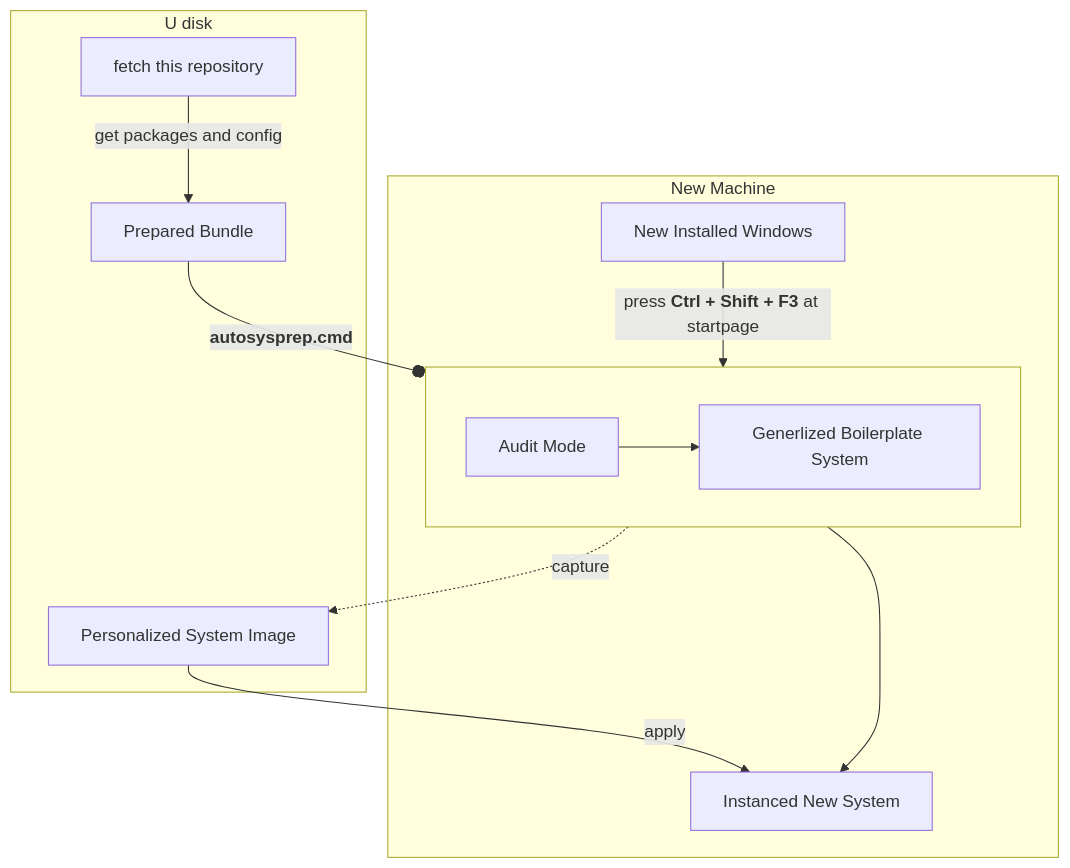
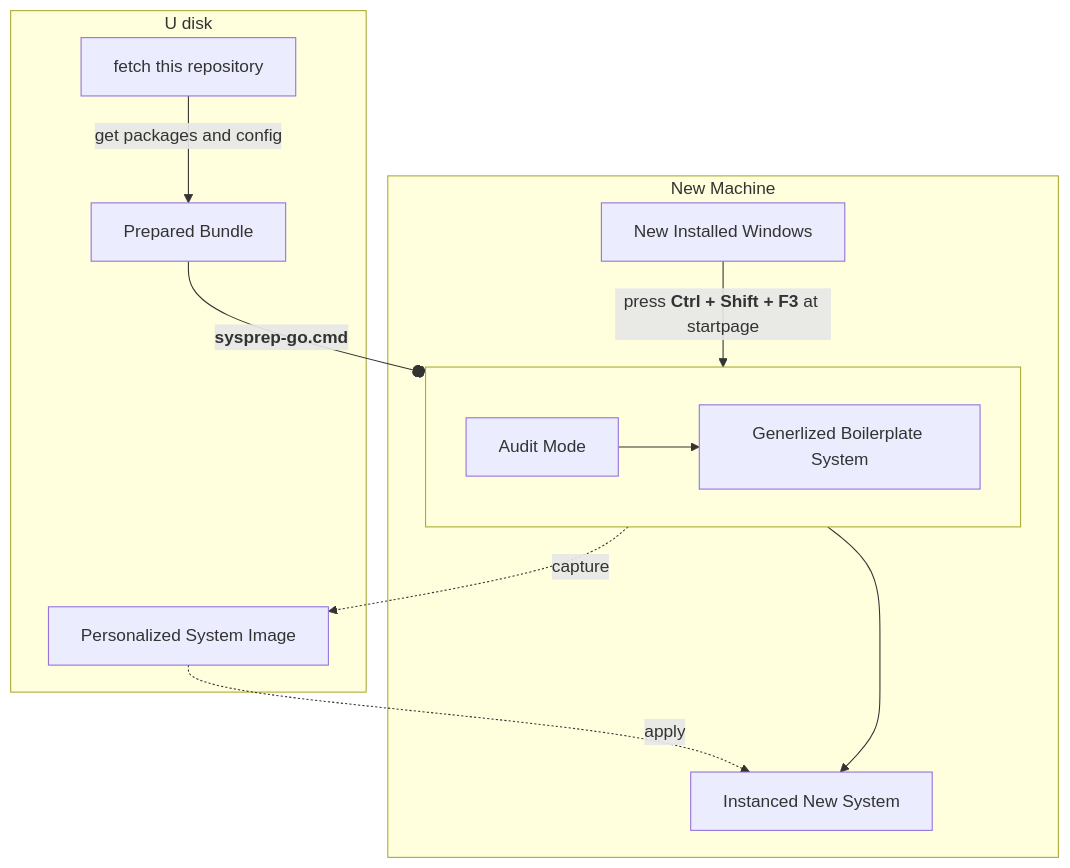
The first of 2 diagrams in README.md (neo-sam/mysysprep), drawn with Mermaid before and after one commit. The commit also changed other lines of this file and 142 other files, not shown here.

````diff
--- a/README.md
+++ b/README.md
@@ -20,18 +20,18 @@
 ```mermaid
 flowchart TD
   subgraph target [New Machine]
     newsys[New Installed Windows] -- press <b>Ctrl + Shift + F3</b> at startpage --> auditmode[Audit Mode]
     subgraph sysprep [ ]
       direction LR
       auditmode --> generlized[Generlized Boilerplate System]
     end
     instance[Instanced New System]
   end
   subgraph U disk
     fetch[fetch this repository] -- get packages and config --> bundle[Prepared Bundle]
     generlized -. capture .-> image[Personalized System Image]
   end
-  bundle -- <b>autosysprep.cmd</b> --o sysprep
+  bundle -- <b>sysprep-go.cmd</b> --o sysprep
   generlized --> instance
-  image -- apply --> instance
+  image -. apply .-> instance
 ```
````
